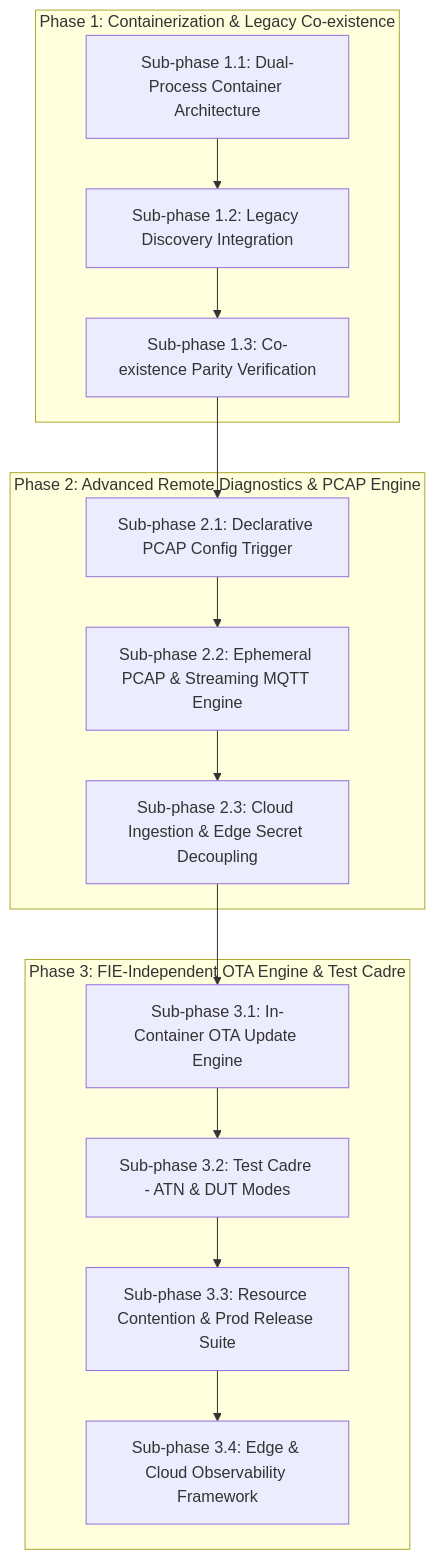
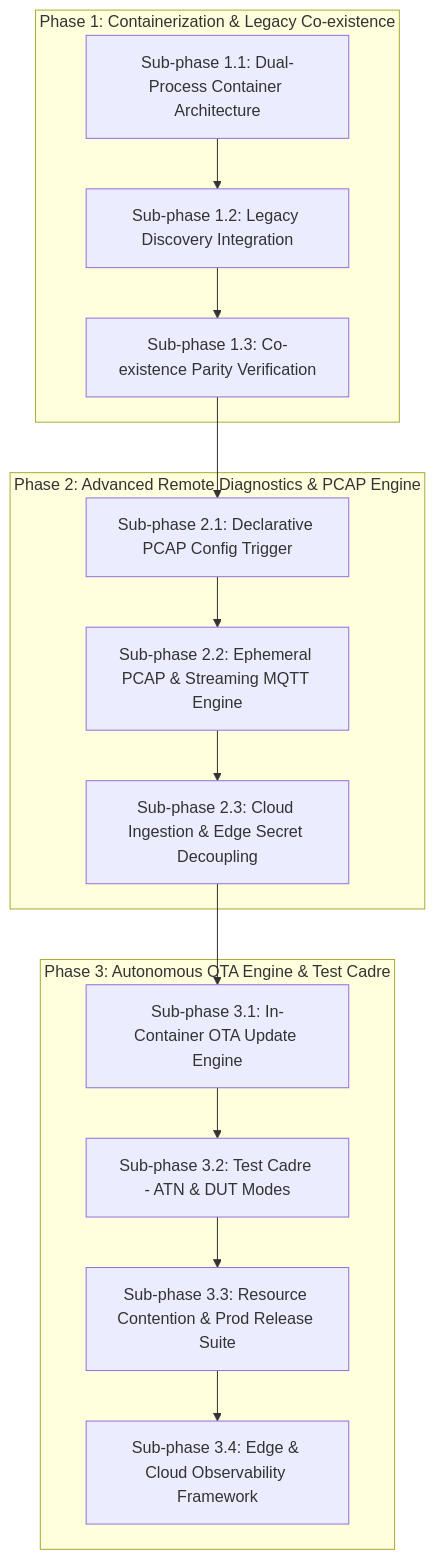
Before and after one commit to faucetsdn/udmi: the diagram in edge/spotter/spotter_plan.md, drawn with Mermaid. The commit also changed other lines of this file and 9 other files, not shown here.

````diff
--- a/edge/spotter/spotter_plan.md
+++ b/edge/spotter/spotter_plan.md
@@ -32,24 +32,24 @@
 ```mermaid
 graph TD
     subgraph Phase 1: Containerization & Legacy Co-existence
         P1_1[Sub-phase 1.1: Dual-Process Container Architecture]
         P1_2[Sub-phase 1.2: Legacy Discovery Integration]
         P1_3[Sub-phase 1.3: Co-existence Parity Verification]
         P1_1 --> P1_2 --> P1_3
     end
 
     subgraph Phase 2: Advanced Remote Diagnostics & PCAP Engine
         P2_1[Sub-phase 2.1: Declarative PCAP Config Trigger]
         P2_2[Sub-phase 2.2: Ephemeral PCAP & Streaming MQTT Engine]
         P2_3[Sub-phase 2.3: Cloud Ingestion & Edge Secret Decoupling]
         P1_3 --> P2_1 --> P2_2 --> P2_3
     end
 
-    subgraph Phase 3: FIE-Independent OTA Engine & Test Cadre
+    subgraph Phase 3: Autonomous OTA Engine & Test Cadre
         P3_1[Sub-phase 3.1: In-Container OTA Update Engine]
         P3_2[Sub-phase 3.2: Test Cadre - ATN & DUT Modes]
         P3_3[Sub-phase 3.3: Resource Contention & Prod Release Suite]
         P3_4[Sub-phase 3.4: Edge & Cloud Observability Framework]
         P2_3 --> P3_1 --> P3_2 --> P3_3 --> P3_4
     end
 ```
````
